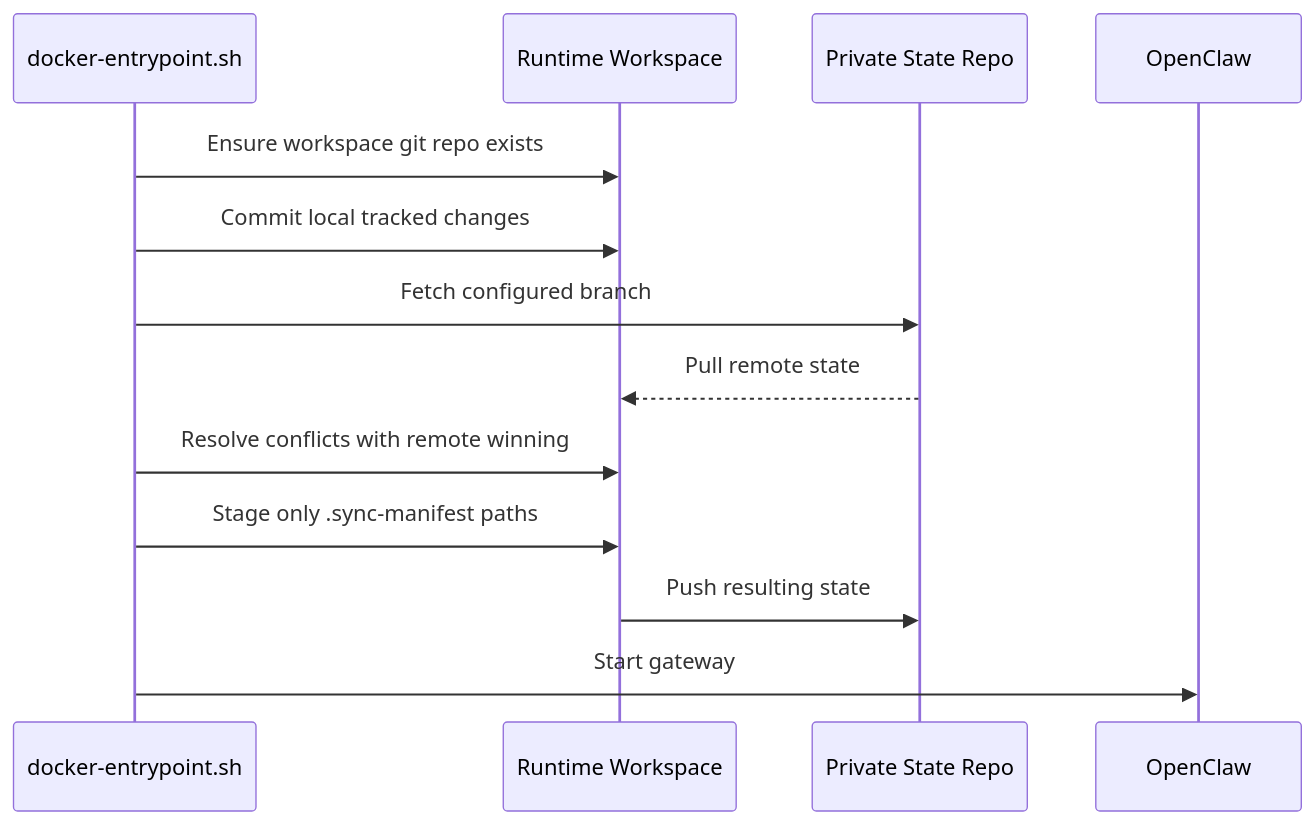
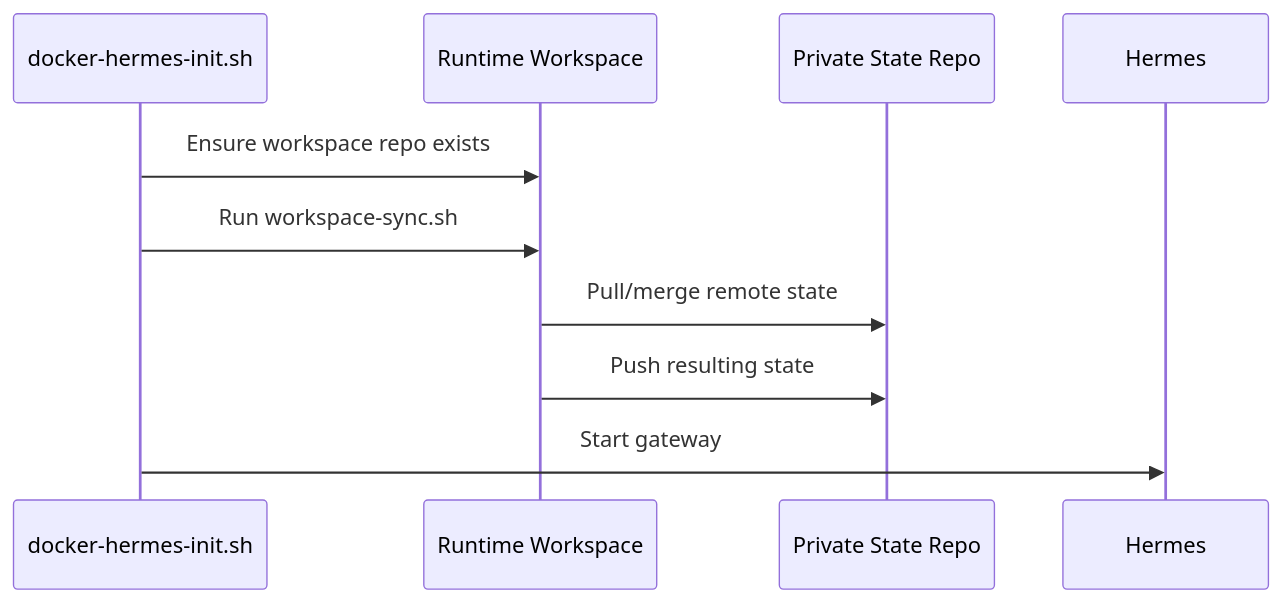
Before and after one commit to Pedrohgv/josemar-assistente: the fourth of 4 diagrams in README.md, drawn with Mermaid. The commit also changed other lines of this file and 6 other files, not shown here.

Commit message:
retire OpenClaw runtime and switch docs/workflows to Hermes

````diff
--- a/README.md
+++ b/README.md
@@ -241,16 +217,13 @@
 ```mermaid
 sequenceDiagram
-  participant Entrypoint as docker-entrypoint.sh
+  participant Init as docker-hermes-init.sh
   participant Workspace as Runtime Workspace
   participant Remote as Private State Repo
-  participant OpenClaw as OpenClaw
+  participant Hermes as Hermes
 
-  Entrypoint->>Workspace: Ensure workspace git repo exists
-  Entrypoint->>Workspace: Commit local tracked changes
-  Entrypoint->>Remote: Fetch configured branch
-  Remote-->>Workspace: Pull remote state
-  Entrypoint->>Workspace: Resolve conflicts with remote winning
-  Entrypoint->>Workspace: Stage only .sync-manifest paths
+  Init->>Workspace: Ensure workspace repo exists
+  Init->>Workspace: Run workspace-sync.sh
+  Workspace->>Remote: Pull/merge remote state
   Workspace->>Remote: Push resulting state
-  Entrypoint->>OpenClaw: Start gateway
+  Init->>Hermes: Start gateway
 ```
````
